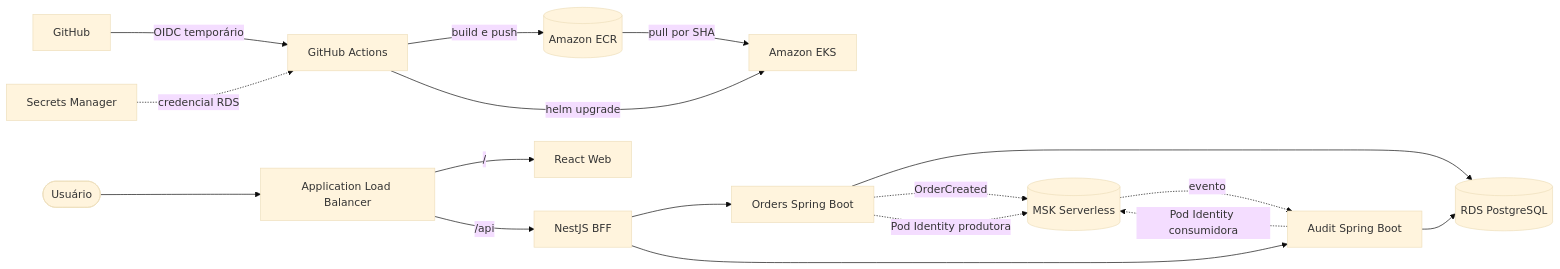
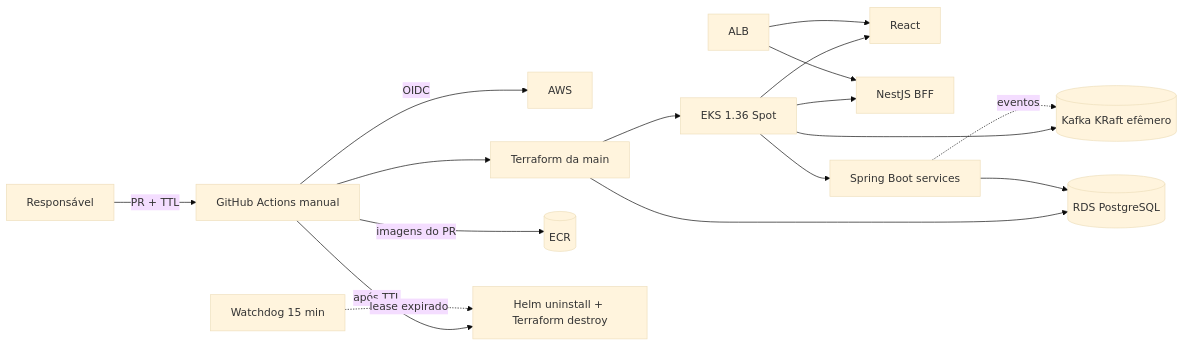
The first of 2 diagrams in docs/AWS-DEPLOYMENT.md (WilliamRochaJR/operations-hub), drawn with Mermaid (base theme) before and after one commit. The commit also changed other lines of this file and 23 other files, not shown here.

````diff
--- a/docs/AWS-DEPLOYMENT.md
+++ b/docs/AWS-DEPLOYMENT.md
@@ -11,21 +11,19 @@
 ```mermaid
 flowchart LR
-    git[GitHub] -->|OIDC temporário| gha[GitHub Actions]
-    gha -->|build e push| ecr[(Amazon ECR)]
-    gha -->|helm upgrade| eks[Amazon EKS]
-    ecr -->|pull por SHA| eks
-
-    user([Usuário]) --> alb[Application Load Balancer]
-    alb -->|/| web[React Web]
-    alb -->|/api| bff[NestJS BFF]
-    bff --> orders[Orders Spring Boot]
-    bff --> audit[Audit Spring Boot]
-    orders --> rds[(RDS PostgreSQL)]
-    audit --> rds
-    orders -. OrderCreated .-> msk[(MSK Serverless)]
-    msk -. evento .-> audit
-
-    secrets[Secrets Manager] -. credencial RDS .-> gha
-    orders -. Pod Identity produtora .-> msk
-    audit -. Pod Identity consumidora .-> msk
+    owner[Responsável] -->|PR + TTL| gha[GitHub Actions manual]
+    gha -->|OIDC| aws[AWS]
+    gha --> tf[Terraform da main]
+    gha -->|imagens do PR| ecr[(ECR)]
+    tf --> eks[EKS 1.36 Spot]
+    tf --> rds[(RDS PostgreSQL)]
+    eks --> kafka[(Kafka KRaft efêmero)]
+    eks --> web[React]
+    eks --> bff[NestJS BFF]
+    eks --> spring[Spring Boot services]
+    spring --> rds
+    spring -. eventos .-> kafka
+    alb[ALB] --> web
+    alb --> bff
+    gha -->|após TTL| destroy[Helm uninstall + Terraform destroy]
+    watchdog[Watchdog 15 min] -. lease expirado .-> destroy
 ```
````
